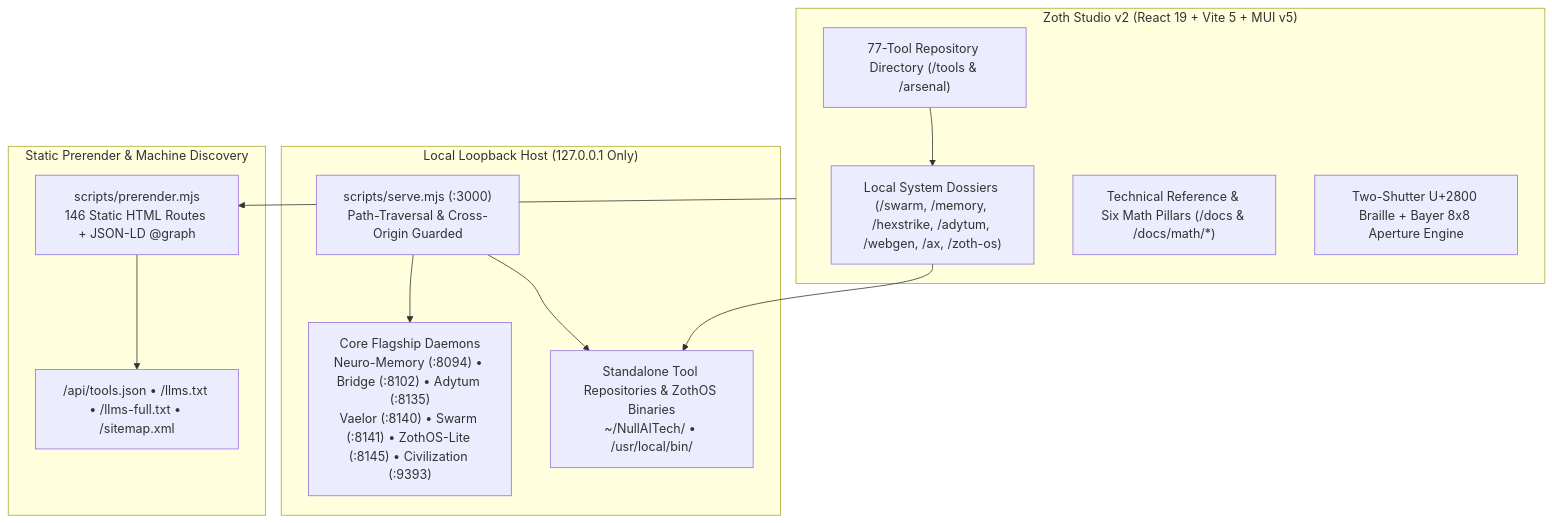
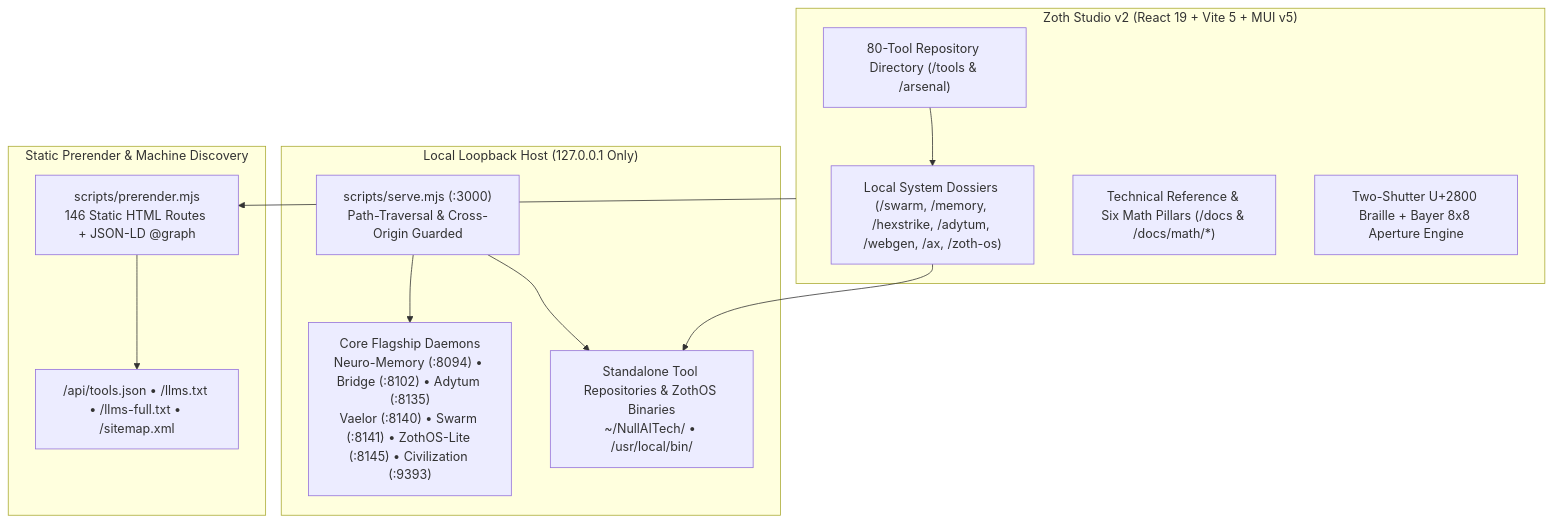
Before and after one commit to NullAITech/zoth-studio-v2: the diagram in README.md, drawn with Mermaid. The commit also changed other lines of this file and 6 other files, not shown here.

````diff
--- a/README.md
+++ b/README.md
@@ -92,26 +92,26 @@
 ```mermaid
 flowchart TD
     subgraph Studio["Zoth Studio v2 (React 19 + Vite 5 + MUI v5)"]
-        Index["77-Tool Repository Directory (/tools & /arsenal)"]
+        Index["80-Tool Repository Directory (/tools & /arsenal)"]
         Dossiers["Local System Dossiers (/swarm, /memory, /hexstrike, /adytum, /webgen, /ax, /zoth-os)"]
         Docs["Technical Reference & Six Math Pillars (/docs & /docs/math/*)"]
         Intro["Two-Shutter U+2800 Braille + Bayer 8x8 Aperture Engine"]
     end
 
     subgraph LocalHost["Local Loopback Host (127.0.0.1 Only)"]
         Serve["scripts/serve.mjs (:3000)<br/>Path-Traversal & Cross-Origin Guarded"]
         CoreDaemons["Core Flagship Daemons<br/>Neuro-Memory (:8094) • Bridge (:8102) • Adytum (:8135)<br/>Vaelor (:8140) • Swarm (:8141) • ZothOS-Lite (:8145) • Civilization (:9393)"]
         ToolCLIs["Standalone Tool Repositories & ZothOS Binaries<br/>~/NullAITech/<repo> • /usr/local/bin/<tool>"]
     end
 
     subgraph StaticAEO["Static Prerender & Machine Discovery"]
         Prerender["scripts/prerender.mjs<br/>146 Static HTML Routes + JSON-LD @graph"]
         Discovery["/api/tools.json • /llms.txt • /llms-full.txt • /sitemap.xml"]
     end
 
     Index --> Dossiers
     Dossiers --> ToolCLIs
     Serve --> CoreDaemons
     Serve --> ToolCLIs
     Studio --> Prerender --> Discovery
 ```
````
